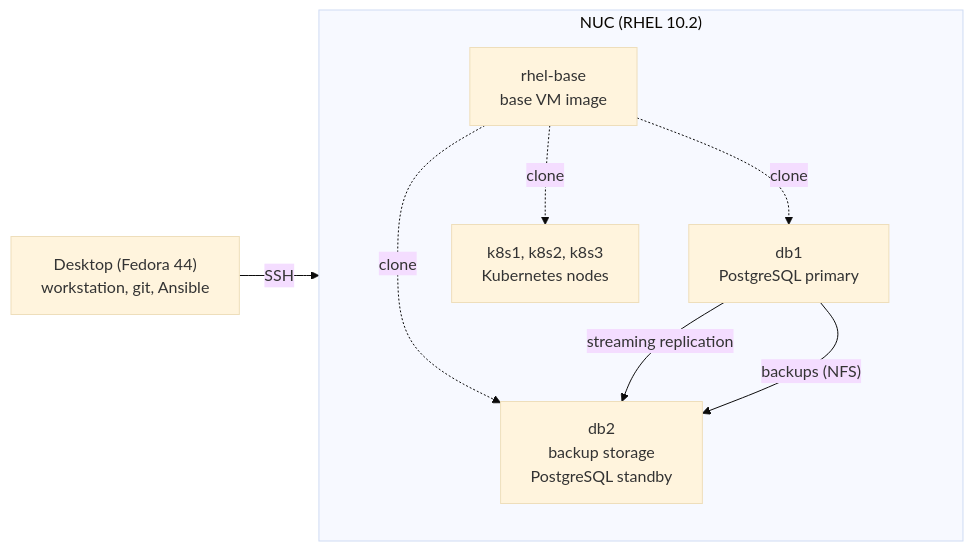
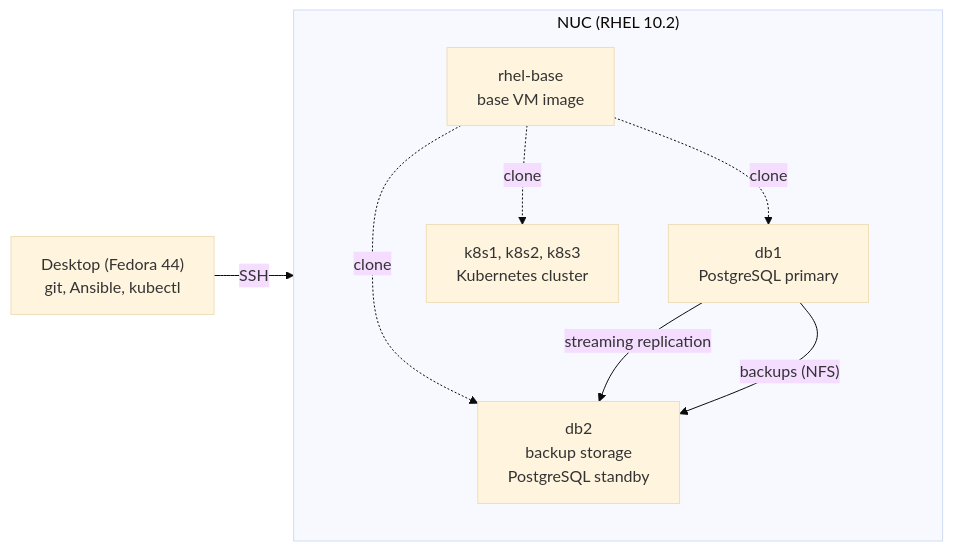
The diagram in README.md (marin-orejas/rhel-data-platform), drawn with Mermaid (base theme) before and after one commit. The commit also changed other lines of this file and 3 other files, not shown here.

Commit message:
docs(architecture): describe the cluster

````diff
--- a/README.md
+++ b/README.md
@@ -22,16 +22,16 @@
 ```mermaid
 flowchart LR
-    desk["Desktop (Fedora 44)<br/>workstation, git, Ansible"]
+    desk["Desktop (Fedora 44)<br/>git, Ansible, kubectl"]
     subgraph nuc["NUC (RHEL 10.2)"]
         base["rhel-base<br/>base VM image"]
         db1["db1<br/>PostgreSQL primary"]
         db2["db2<br/>backup storage<br/>PostgreSQL standby"]
-        k8s["k8s1, k8s2, k8s3<br/>Kubernetes nodes"]
+        k8s["k8s1, k8s2, k8s3<br/>Kubernetes cluster"]
         base -. clone .-> db1
         base -. clone .-> db2
         base -. clone .-> k8s
         db1 -- "streaming replication" --> db2
         db1 -- "backups (NFS)" --> db2
     end
     desk -- SSH --> nuc
 ```
````
